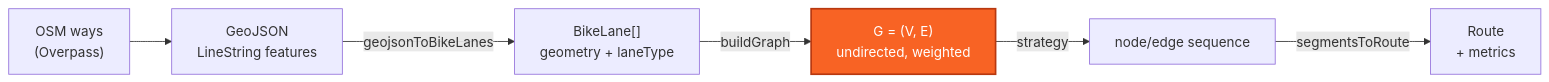
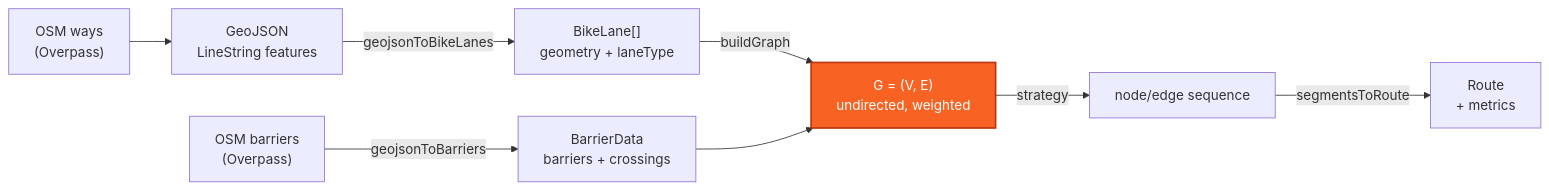
Before and after one commit to creeston/cycler: the first of 3 diagrams in docs/algorithms.md, drawn with Mermaid. The commit also changed other lines of this file and 32 other files, not shown here.

````diff
--- a/docs/algorithms.md
+++ b/docs/algorithms.md
@@ -14,11 +14,13 @@
 ```mermaid
 graph LR
     A["OSM ways<br/>(Overpass)"] --> B["GeoJSON<br/>LineString features"]
     B -->|geojsonToBikeLanes| C["BikeLane[]<br/>geometry + laneType"]
+    A2["OSM barriers<br/>(Overpass)"] -->|geojsonToBarriers| C2["BarrierData<br/>barriers + crossings"]
     C -->|buildGraph| D["G = (V, E)<br/>undirected, weighted"]
+    C2 --> D
     D -->|"strategy"| E["node/edge sequence"]
     E -->|"segmentsToRoute"| F["Route<br/>+ metrics"]
 
     classDef core fill:#f86324,stroke:#b8380f,stroke-width:2px,color:#ffffff
     class D core
 ```
````
